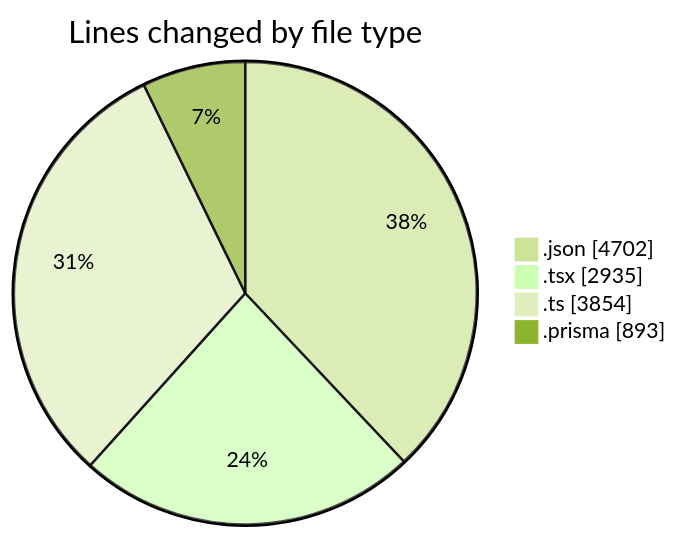
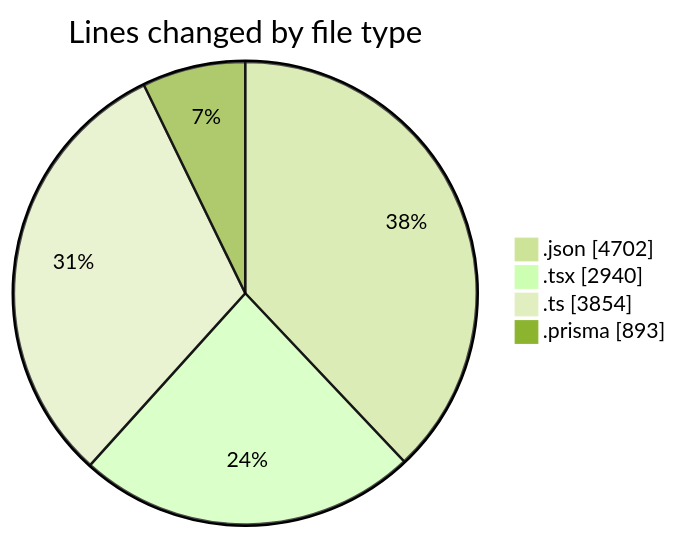
One commit to CELIANVF/code-tracking changed the first of 2 diagrams in 2025-05-05/ecodeli/README.md. Above: the diagram before and after it, drawn with Mermaid (forest theme). The commit also changed other lines of this file and 1 other file, not shown here.

````diff
--- a/2025-05-05/ecodeli/README.md
+++ b/2025-05-05/ecodeli/README.md
@@ -46,8 +46,8 @@
 ```mermaid
 pie showData
 title Lines changed by file type
 ".json" : 4702
-".tsx" : 2935
+".tsx" : 2940
 ".ts" : 3854
 ".prisma" : 893
 ```
````
